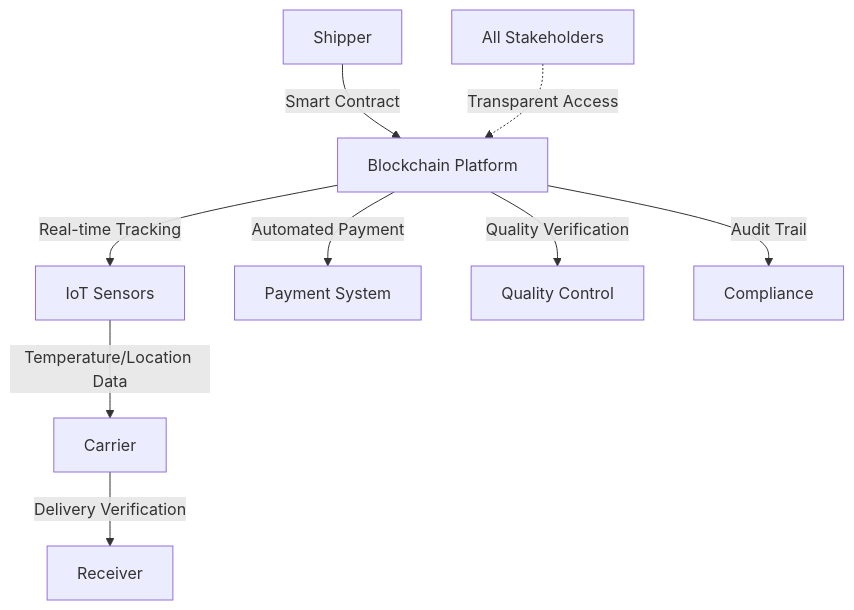
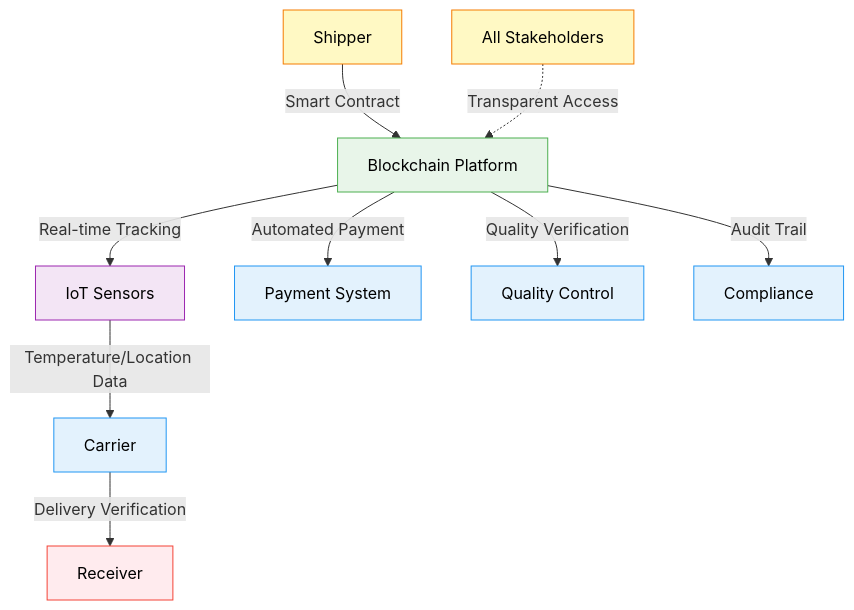
The sixth of 14 diagrams in Industry/Blockchain/Blockchain/ValueChain/QA_LinerGeneralDeepResearch.md (ljg-cqu/knowledge), drawn with Mermaid before and after one commit. The commit also changed other lines of this file and 6 other files, not shown here.

````diff
--- a/Industry/Blockchain/Blockchain/ValueChain/QA_LinerGeneralDeepResearch.md
+++ b/Industry/Blockchain/Blockchain/ValueChain/QA_LinerGeneralDeepResearch.md
@@ -235,13 +290,23 @@
 ```mermaid
 graph TD
     A[Shipper] -->|Smart Contract| B[Blockchain Platform]
     B -->|Real-time Tracking| C[IoT Sensors]
     C -->|Temperature/Location Data| D[Carrier]
     D -->|Delivery Verification| E[Receiver]
     
     B -->|Automated Payment| F[Payment System]
     B -->|Quality Verification| G[Quality Control]
     B -->|Audit Trail| H[Compliance]
     
     I[All Stakeholders] -.->|Transparent Access| B
+    
+    style A fill:#FFF9C4,stroke:#F57C00,color:#000
+    style B fill:#E8F5E9,stroke:#4CAF50,color:#000
+    style C fill:#F3E5F5,stroke:#9C27B0,color:#000
+    style D fill:#E3F2FD,stroke:#2196F3,color:#000
+    style E fill:#FFEBEE,stroke:#F44336,color:#000
+    style F fill:#E3F2FD,stroke:#2196F3,color:#000
+    style G fill:#E3F2FD,stroke:#2196F3,color:#000
+    style H fill:#E3F2FD,stroke:#2196F3,color:#000
+    style I fill:#FFF9C4,stroke:#F57C00,color:#000
 ```
````
